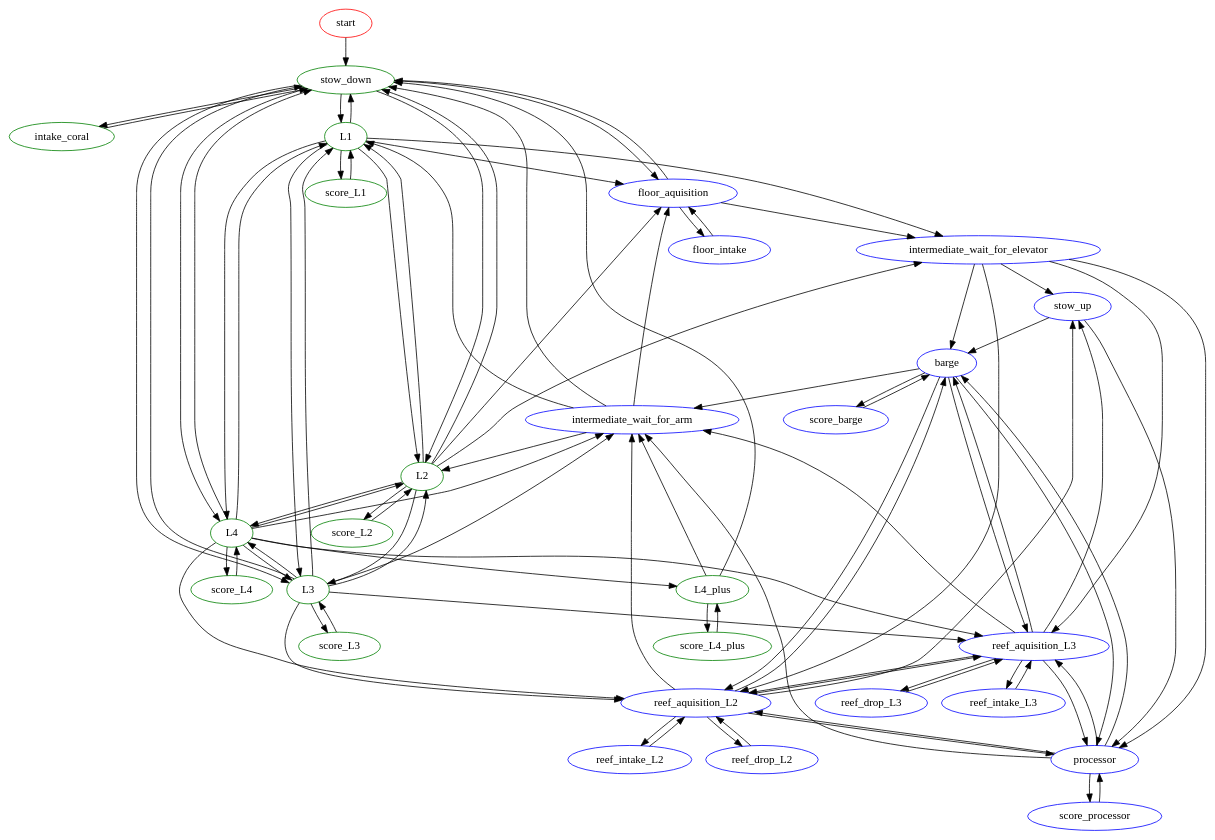
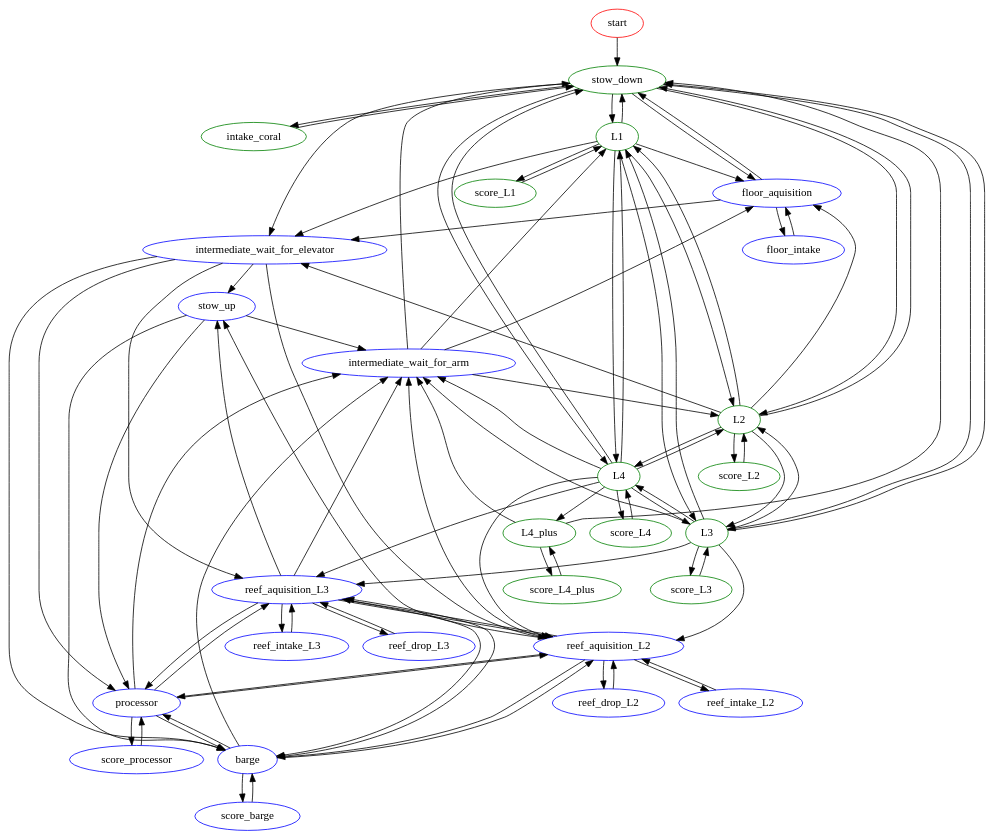
Before and after one commit to Team-190/2k25-Robot-Code: the diagram in Superstructure.dot, drawn with Graphviz. The commit also changed 1 other file, not shown here.

```diff
--- a/Superstructure.dot
+++ b/Superstructure.dot
@@ -54,6 +54,8 @@
   stow_down -> L2
   stow_down -> L3
   stow_down -> L4
+  
+  stow_down -> intermediate_wait_for_elevator
 
   stow_down -> floor_aquisition
 
@@ -155,6 +157,8 @@
   intermediate_wait_for_arm -> floor_aquisition
   
   // stow_up
+  stow_up -> intermediate_wait_for_arm
+  
   stow_up -> barge
   stow_up -> processor
   
```
